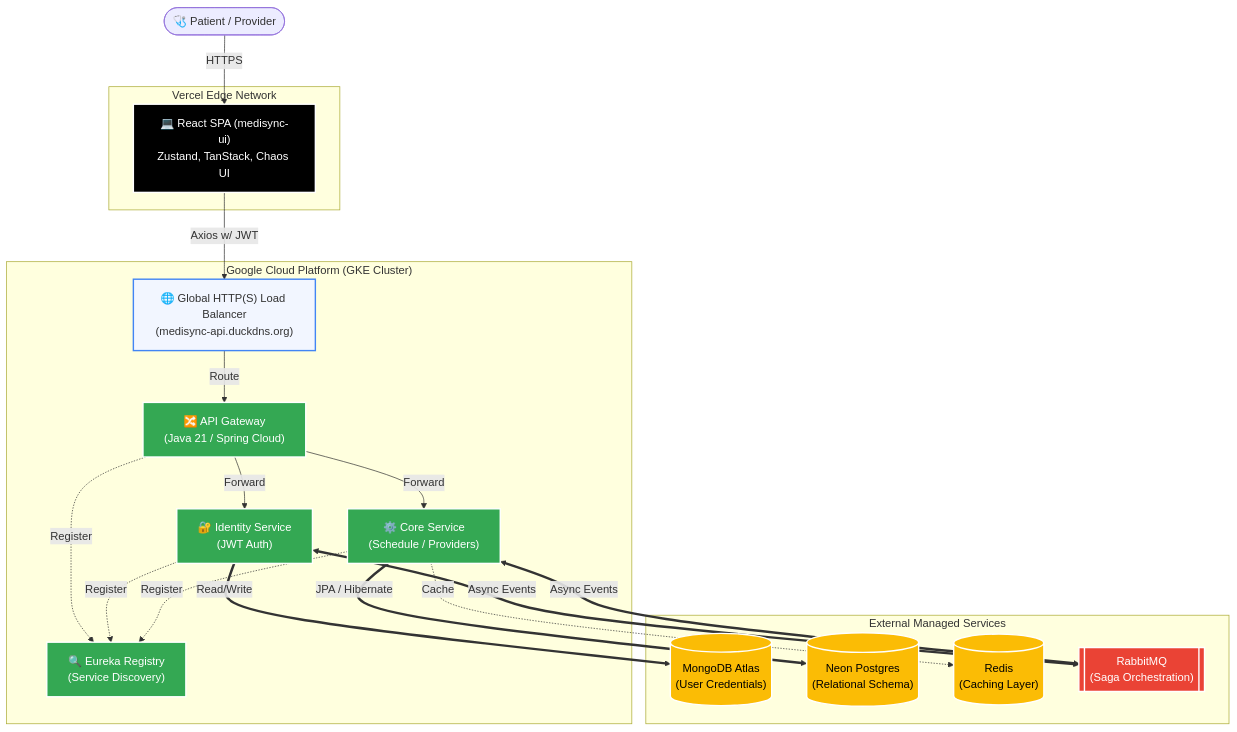
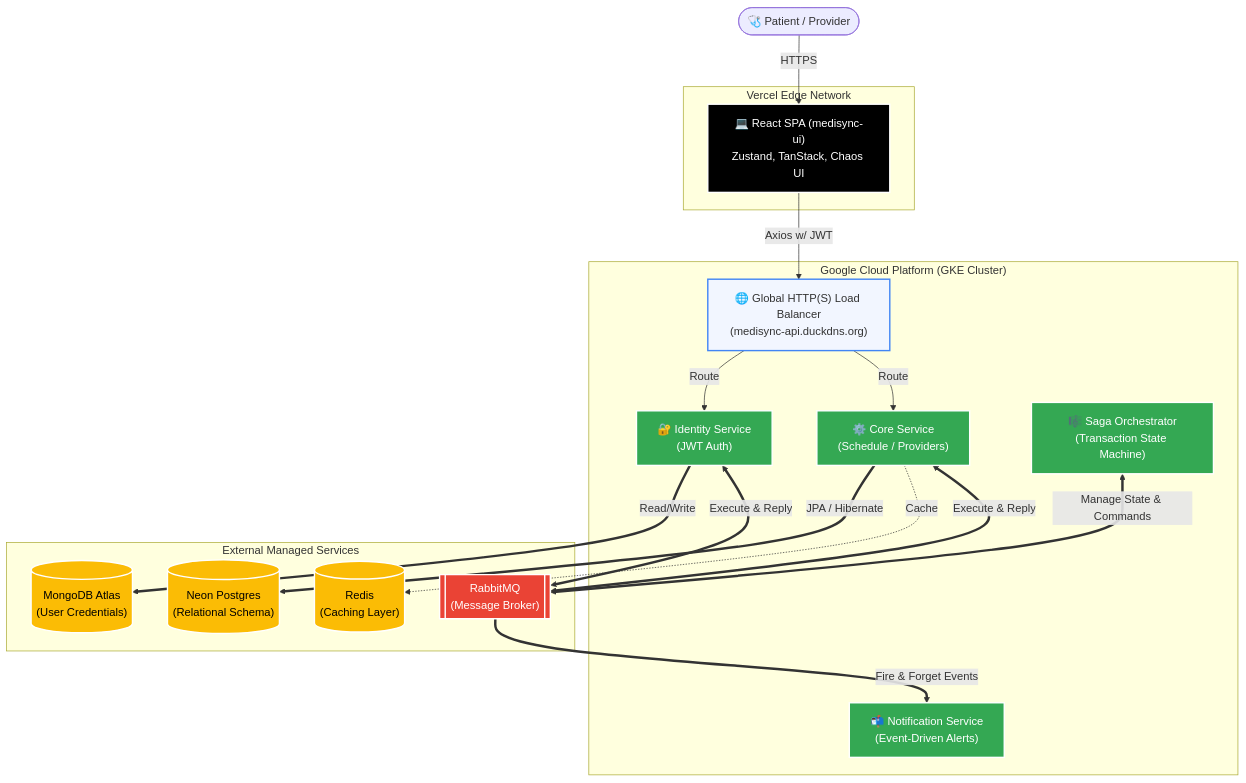
Before and after one commit to Bhaumik182001/Bhaumik182001: the diagram in README.md, drawn with Mermaid.

Commit message:
Revise architecture diagram and service descriptions
Updated service descriptions and traffic flow in the architecture diagram. Added details on Saga Orchestration and event flow.

````diff
--- a/README.md
+++ b/README.md
@@ -24,55 +24,54 @@
 ```mermaid
 graph TD
     %% Define Styles
     classDef cloud fill:#f2f6ff,stroke:#4285f4,stroke-width:2px,color:#333;
     classDef frontend fill:#000,stroke:#fff,stroke-width:2px,color:#fff;
     classDef service fill:#34a853,stroke:#fff,stroke-width:2px,color:#fff;
     classDef database fill:#fbbc05,stroke:#fff,stroke-width:2px,color:#000;
     classDef broker fill:#ea4335,stroke:#fff,stroke-width:2px,color:#fff;
 
     %% Client Layer
     User([🩺 Patient / Provider])
 
     %% Frontend Layer
     subgraph Vercel ["Vercel Edge Network"]
         UI["💻 React SPA (medisync-ui)<br/>Zustand, TanStack, Chaos UI"]:::frontend
     end
 
     %% Cloud Infrastructure Layer
     subgraph GCP ["Google Cloud Platform (GKE Cluster)"]
         Ingress["🌐 Global HTTP(S) Load Balancer<br/>(medisync-api.duckdns.org)"]:::cloud
-        Gateway["🔀 API Gateway<br/>(Java 21 / Spring Cloud)"]:::service
-        Discovery["🔍 Eureka Registry<br/>(Service Discovery)"]:::service
         Identity["🔐 Identity Service<br/>(JWT Auth)"]:::service
         Core["⚙️ Core Service<br/>(Schedule / Providers)"]:::service
+        Orchestrator["🎼 Saga Orchestrator<br/>(Transaction State Machine)"]:::service
+        Notify["📬 Notification Service<br/>(Event-Driven Alerts)"]:::service
     end
 
     %% Data & Messaging Layer
     subgraph Data ["External Managed Services"]
         Mongo[("MongoDB Atlas<br/>(User Credentials)")]:::database
         Neon[("Neon Postgres<br/>(Relational Schema)")]:::database
         Redis[("Redis<br/>(Caching Layer)")]:::database
-        Rabbit[["RabbitMQ<br/>(Saga Orchestration)"]]:::broker
+        Rabbit[["RabbitMQ<br/>(Message Broker)"]]:::broker
     end
 
     %% Traffic Flow
     User -->|HTTPS| UI
     UI -->|Axios w/ JWT| Ingress
-    Ingress -->|Route| Gateway
     
-    Gateway -->|Forward| Identity
-    Gateway -->|Forward| Core
+    %% K8s Native Routing (Directly from Ingress)
+    Ingress -->|Route| Identity
+    Ingress -->|Route| Core
 
-    %% Service Discovery Flow
-    Gateway -.->|Register| Discovery
-    Identity -.->|Register| Discovery
-    Core -.->|Register| Discovery
-
-    %% Database & Messaging Flow
+    %% Database & Caching Flow
     Identity ==>|Read/Write| Mongo
     Core ==>|JPA / Hibernate| Neon
     Core -.->|Cache| Redis
     
-    Identity <==>|Async Events| Rabbit
-    Core <==>|Async Events| Rabbit
+    %% Saga Orchestration & Event Flow
+    Orchestrator <==>|Manage State & Commands| Rabbit
+    Identity <==>|Execute & Reply| Rabbit
+    Core <==>|Execute & Reply| Rabbit
+    Rabbit ==>|Fire & Forget Events| Notify
+
 ```
````
